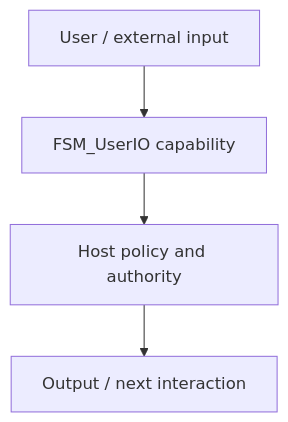
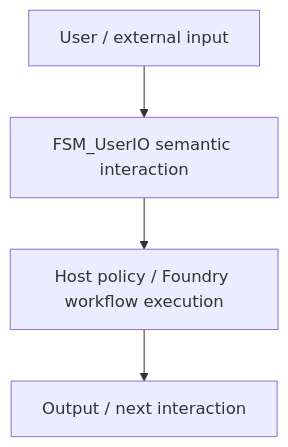
The first of 6 diagrams in README.md (TrentBest/FSM_UserIO), drawn with Mermaid before and after one commit.

Commit message:
docs: clarify Foundry and UserIO ownership boundaries

````diff
--- a/README.md
+++ b/README.md
@@ -27,6 +27,6 @@
 ```mermaid
 flowchart TD
-  U[User / external input] --> C[FSM_UserIO capability]
-  C --> H[Host policy and authority]
+  U[User / external input] --> C[FSM_UserIO semantic interaction]
+  C --> H[Host policy / Foundry workflow execution]
   H --> O[Output / next interaction]
 ```
````
